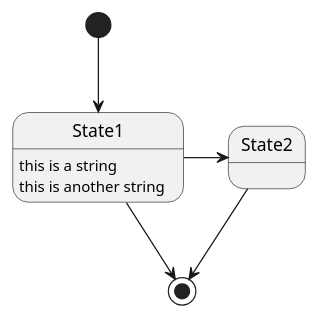
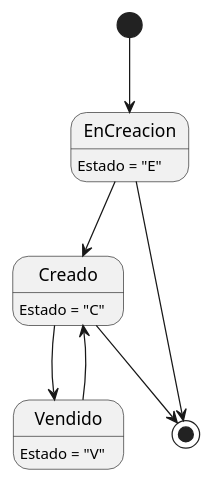
The fourth of 6 diagrams in DiagramasEstado/DiagramaDeEstado.puml (ZMGestion/DocumentacionZMGestion), drawn with PlantUML before and after one commit. The commit also changed other lines of this file and 46 other files, not shown here.

```diff
--- a/DiagramasEstado/DiagramaDeEstado.puml
+++ b/DiagramasEstado/DiagramaDeEstado.puml
@@ -66,11 +70,14 @@
 @startuml presupuestos
 
-[*] --> State1
-State1 --> [*]
-State1 : this is a string
-State1 : this is another string
+EnCreacion: Estado = "E"
+Creado: Estado = "C"
+Vendido: Estado = "V"
 
-State1 -> State2
-State2 --> [*]
+[*] --> EnCreacion
+EnCreacion --> Creado
+Creado --> Vendido
+Vendido --> Creado
+EnCreacion --> [*]
+Creado --> [*]
 
 @enduml
```
